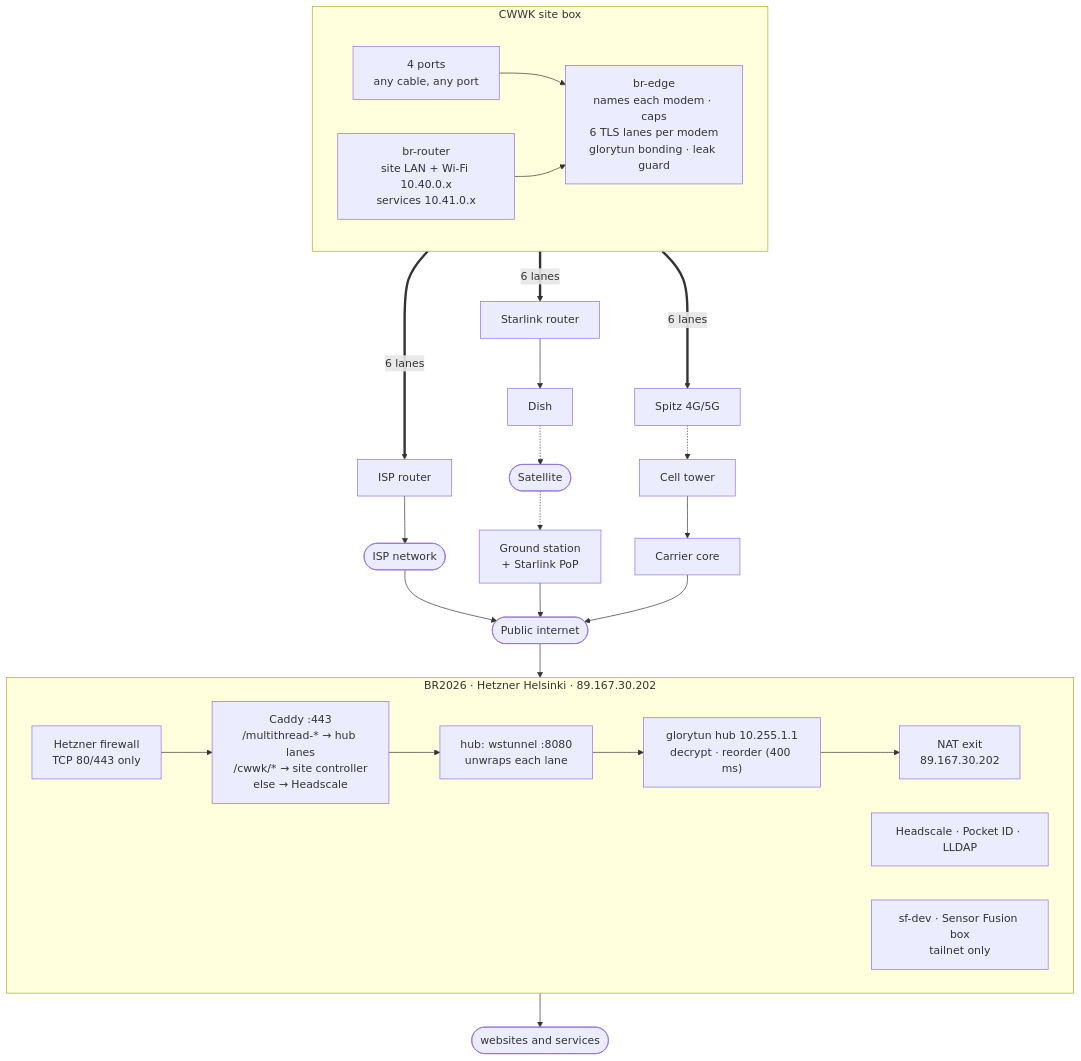
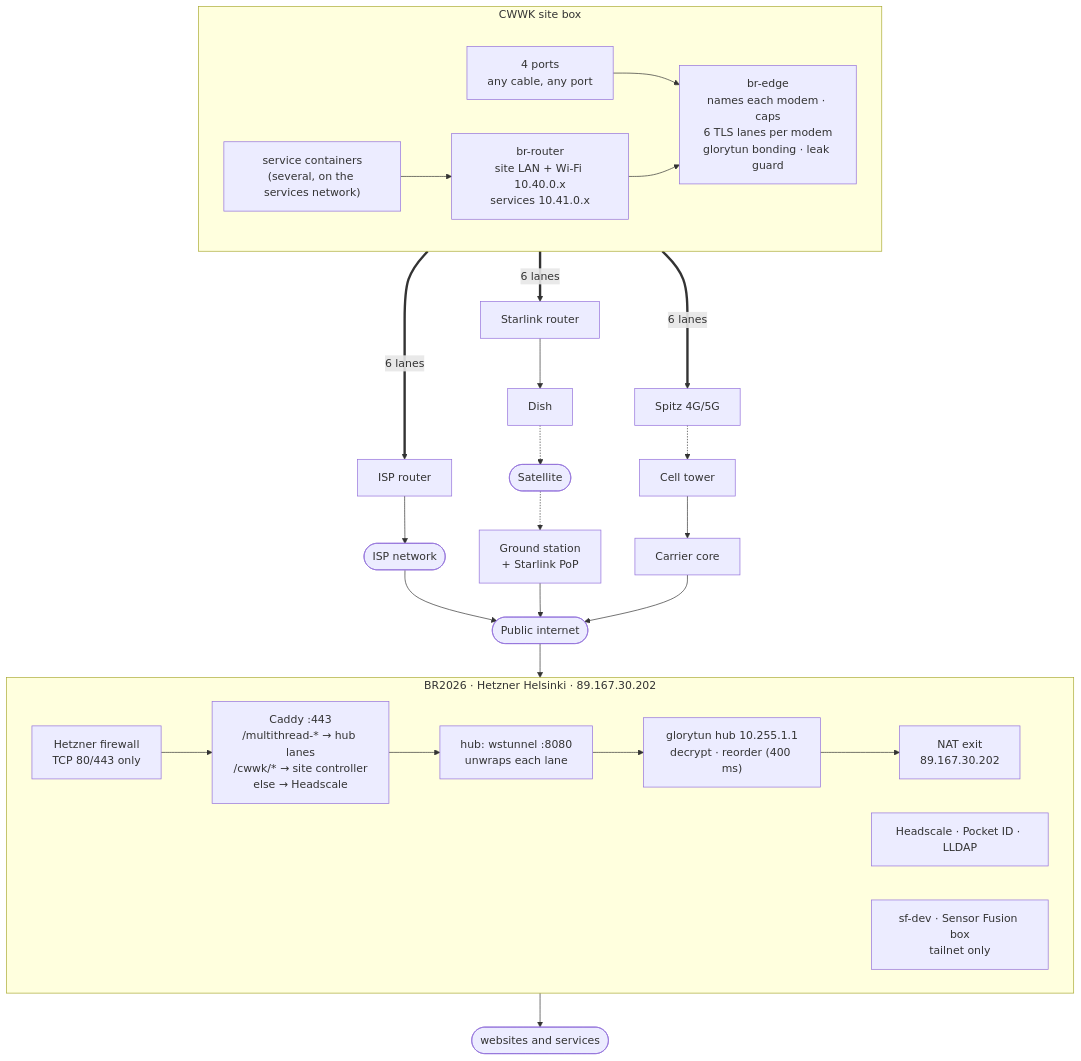
The first of 13 diagrams in survivability/multipath/docs/diagrams.md (JakeTheSnake0245/black-relay-2026), drawn with Mermaid before and after one commit. The commit also changed other lines of this file and 3 other files, not shown here.

````diff
--- a/survivability/multipath/docs/diagrams.md
+++ b/survivability/multipath/docs/diagrams.md
@@ -9,24 +9,25 @@
 ```mermaid
 flowchart TB
   subgraph SITE["CWWK site box"]
     direction LR
     PORTS["4 ports<br/>any cable, any port"] --> EDGE["br-edge<br/>names each modem · caps<br/>6 TLS lanes per modem<br/>glorytun bonding · leak guard"]
     LAN["br-router<br/>site LAN + Wi-Fi 10.40.0.x<br/>services 10.41.0.x"] --> EDGE
+    SVCS["service containers<br/>(several, on the services network)"] --> LAN
   end
   EDGE == "6 lanes" ==> ISP["ISP router"] --> ISPN(["ISP network"])
   EDGE == "6 lanes" ==> SLR["Starlink router"] --> DISH["Dish"] -.-> SAT(["Satellite"]) -.-> POP["Ground station<br/>+ Starlink PoP"]
   EDGE == "6 lanes" ==> SPZ["Spitz 4G/5G"] -.-> TWR["Cell tower"] --> CORE["Carrier core"]
   ISPN --> NET(["Public internet"])
   POP --> NET
   CORE --> NET
   subgraph HUB["BR2026 · Hetzner Helsinki · 89.167.30.202"]
     direction LR
     FW["Hetzner firewall<br/>TCP 80/443 only"] --> CADDY["Caddy :443<br/>/multithread-* → hub lanes<br/>/cwwk/* → site controller<br/>else → Headscale"]
     CADDY --> WST["hub: wstunnel :8080<br/>unwraps each lane"] --> GT["glorytun hub 10.255.1.1<br/>decrypt · reorder (400 ms)"]
     GT --> NAT["NAT exit<br/>89.167.30.202"]
     ID["Headscale · Pocket ID · LLDAP"]
     SF["sf-dev · Sensor Fusion box<br/>tailnet only"]
   end
   NET --> FW
   NAT --> OUT(["websites and services"])
 ```
````
